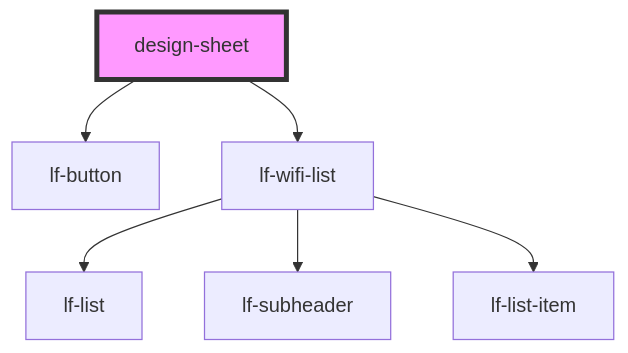
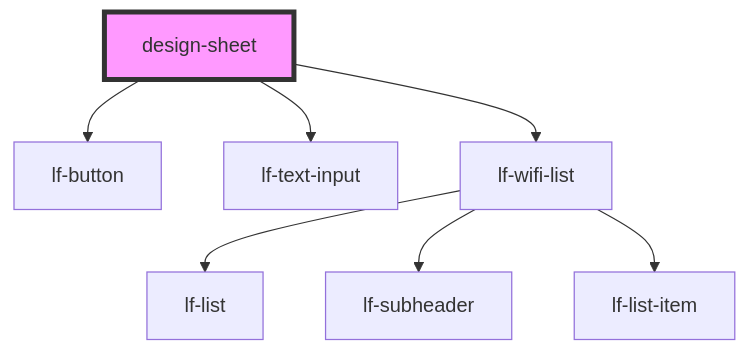
The diagram in web-components/src/components/design-sheet/readme.md (conc2304/lightform-web-controller), drawn with Mermaid before and after one commit. The commit also changed other lines of this file and 26 other files, not shown here.

Commit message:
Creator 3808 text input

````diff
--- a/web-components/src/components/design-sheet/readme.md
+++ b/web-components/src/components/design-sheet/readme.md
@@ -16,9 +17,10 @@
 ```mermaid
 graph TD;
   design-sheet --> lf-button
+  design-sheet --> lf-text-input
   design-sheet --> lf-wifi-list
   lf-wifi-list --> lf-list
   lf-wifi-list --> lf-subheader
   lf-wifi-list --> lf-list-item
   style design-sheet fill:#f9f,stroke:#333,stroke-width:4px
 ```
````
